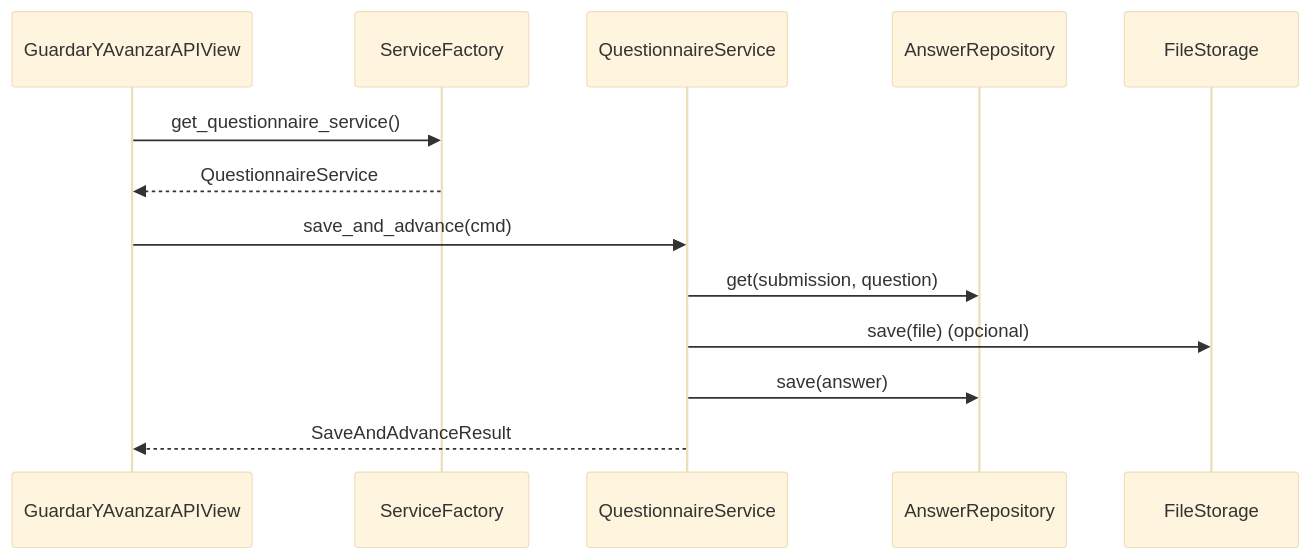
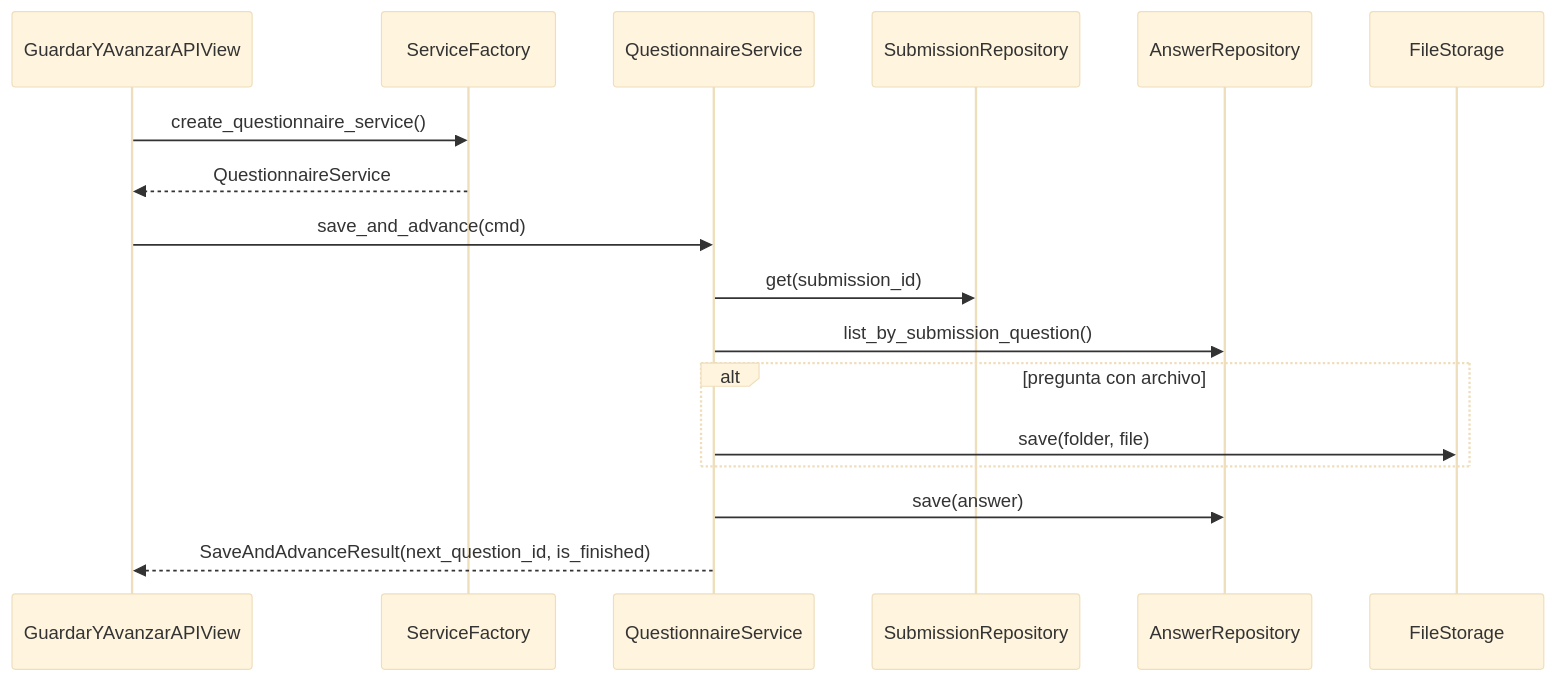
Before and after one commit to practicantealmacenamiento/SIGIM: the second of 5 diagrams in BACK_FormContainers/docs/05_Arquitectura_y_Disenio/Diagramas_y_Modelos.md, drawn with Mermaid (base theme). The commit also changed other lines of this file and 76 other files, not shown here.

````diff
--- a/BACK_FormContainers/docs/05_Arquitectura_y_Disenio/Diagramas_y_Modelos.md
+++ b/BACK_FormContainers/docs/05_Arquitectura_y_Disenio/Diagramas_y_Modelos.md
@@ -13,16 +13,20 @@
 ```mermaid
 sequenceDiagram
     participant View as GuardarYAvanzarAPIView
     participant Factory as ServiceFactory
     participant Service as QuestionnaireService
-    participant Repo as AnswerRepository
+    participant SubmissionRepo as SubmissionRepository
+    participant AnswerRepo as AnswerRepository
     participant Storage as FileStorage
 
-    View->>Factory: get_questionnaire_service()
+    View->>Factory: create_questionnaire_service()
     Factory-->>View: QuestionnaireService
     View->>Service: save_and_advance(cmd)
-    Service->>Repo: get(submission, question)
-    Service->>Storage: save(file) (opcional)
-    Service->>Repo: save(answer)
-    Service-->>View: SaveAndAdvanceResult
+    Service->>SubmissionRepo: get(submission_id)
+    Service->>AnswerRepo: list_by_submission_question()
+    alt pregunta con archivo
+        Service->>Storage: save(folder, file)
+    end
+    Service->>AnswerRepo: save(answer)
+    Service-->>View: SaveAndAdvanceResult(next_question_id, is_finished)
 ```
````
